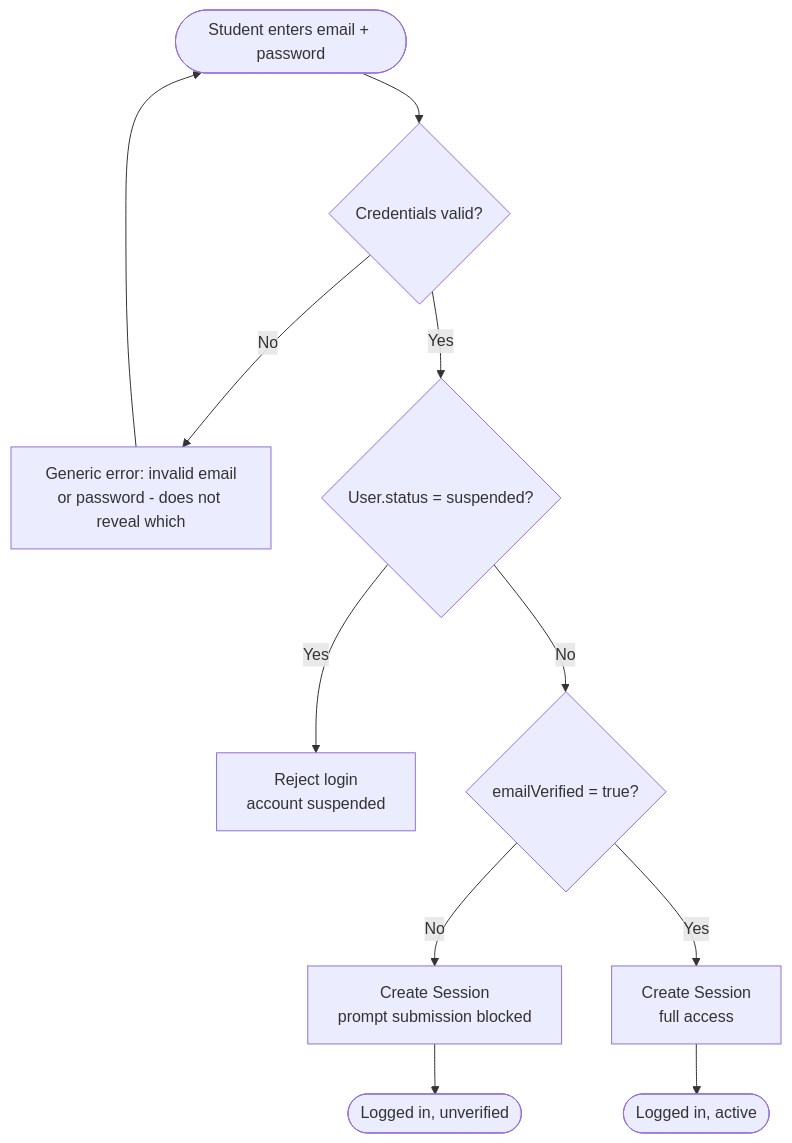
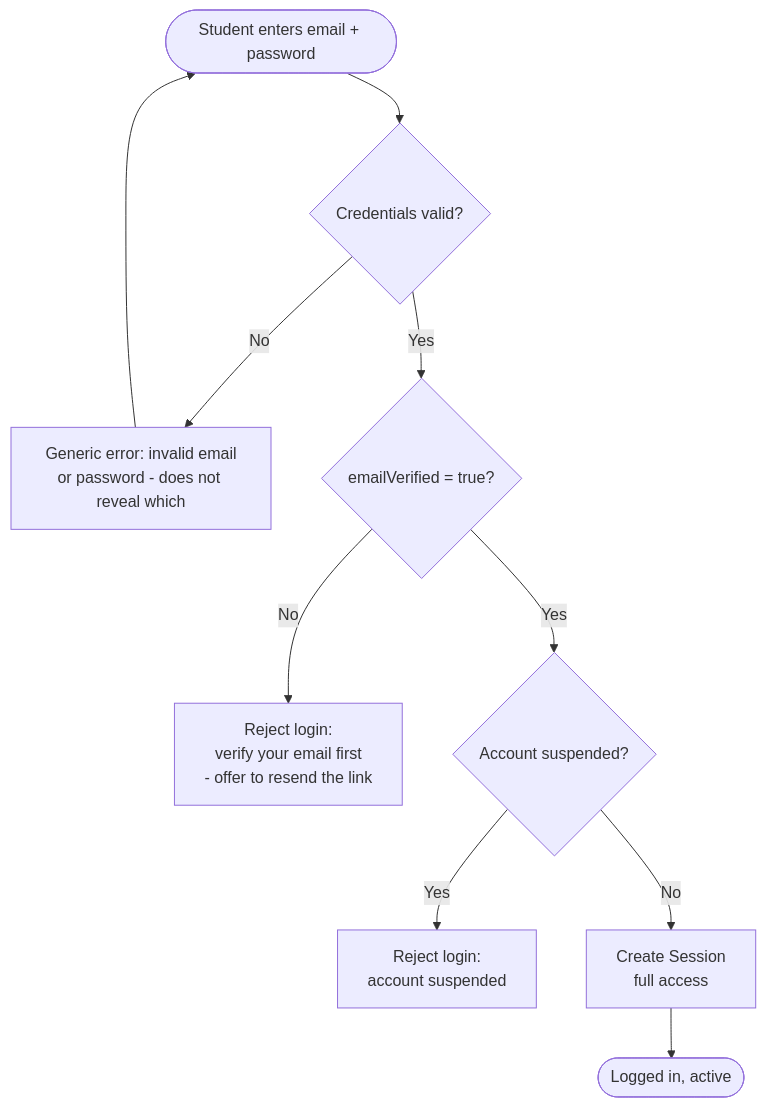
The fifth of 8 diagrams in docs/diagrams/ACTIVITY_DIAGRAMS.md (Skiet88/SentryPrompt), drawn with Mermaid before and after one commit. The commit also changed other lines of this file and 6 other files, not shown here.

````diff
--- a/docs/diagrams/ACTIVITY_DIAGRAMS.md
+++ b/docs/diagrams/ACTIVITY_DIAGRAMS.md
@@ -110,13 +111,12 @@
 ```mermaid
 flowchart TD
     A([Student enters email + password]) --> B{Credentials valid?}
     B -- No --> C[Generic error: invalid email\nor password - does not reveal which]
     C --> A
-    B -- Yes --> D{User.status = suspended?}
-    D -- Yes --> E[Reject login\naccount suspended]
-    D -- No --> F{emailVerified = true?}
-    F -- No --> G[Create Session\nprompt submission blocked]
-    F -- Yes --> H[Create Session\nfull access]
-    G --> I([Logged in, unverified])
+    B -- Yes --> F{emailVerified = true?}
+    F -- No --> G[Reject login:\nverify your email first\n- offer to resend the link]
+    F -- Yes --> D{Account suspended?}
+    D -- Yes --> E[Reject login:\naccount suspended]
+    D -- No --> H[Create Session\nfull access]
     H --> J([Logged in, active])
 ```
````
